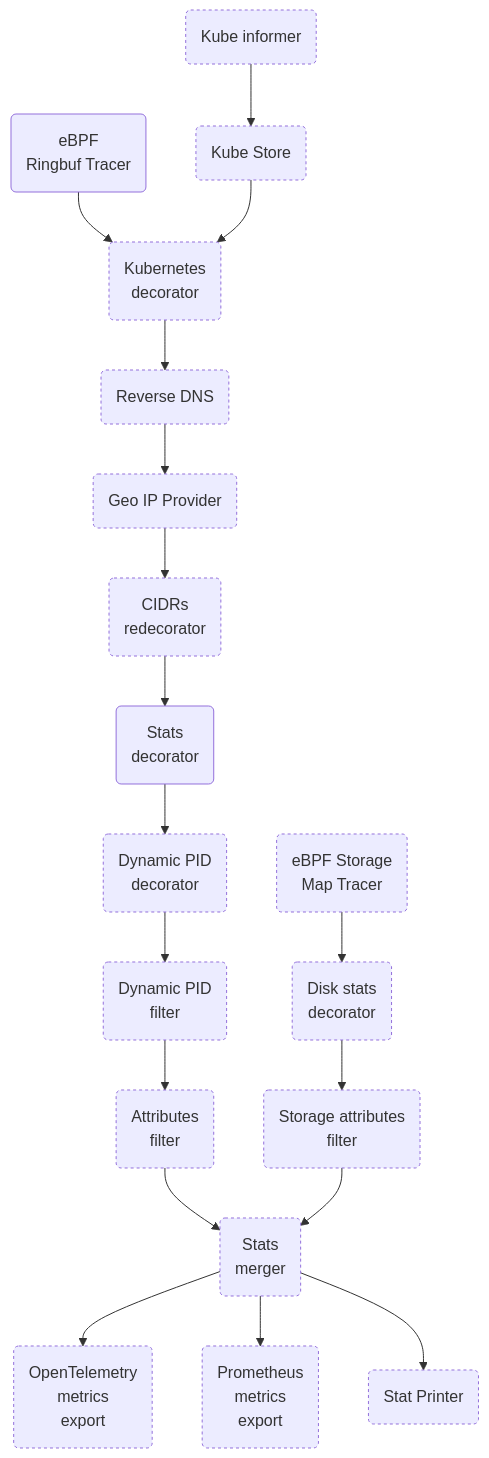
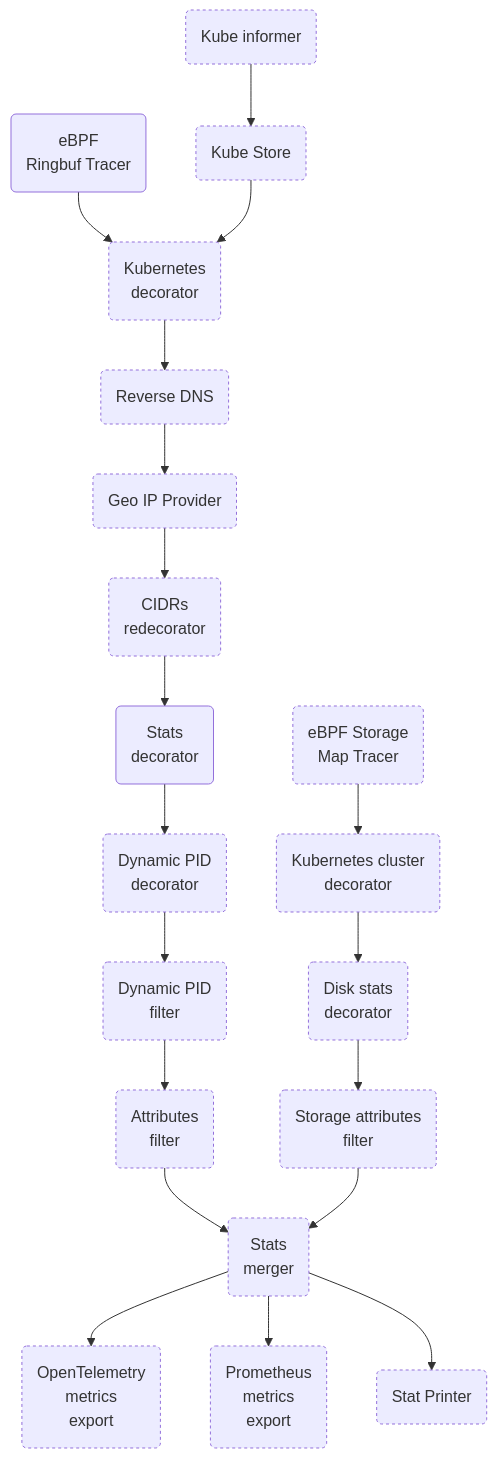
One commit to TheDwingMAN/opentelemetry-ebpf-instrumentation changed the third of 3 diagrams in devdocs/pipeline-map.md. Above: the diagram before and after it, drawn with Mermaid. The commit also changed 8 other files, not shown here.

First line of the commit message:
statsolly: report the cluster of the disk latency in Kubernetes

````diff
--- a/devdocs/pipeline-map.md
+++ b/devdocs/pipeline-map.md
@@ -103,21 +103,22 @@
 ```mermaid
 flowchart TD
     classDef optional stroke-dasharray: 3 3;
     RT(eBPF<br/>Ringbuf Tracer) --> K8S
     KIN(Kube informer):::optional --> KSTORE
     KSTORE(Kube Store):::optional --> K8S
     K8S(Kubernetes<br/>decorator):::optional --> RDNS
     RDNS(Reverse DNS):::optional --> GeoIP
     GeoIP(Geo IP Provider):::optional --> CIDRS
     CIDRS(CIDRs<br/>redecorator):::optional --> DEC
     DEC(Stats<br/>decorator) --> DPD
     DPD(Dynamic PID<br/>decorator):::optional --> DPF
     DPF(Dynamic PID<br/>filter):::optional --> FLTR
     FLTR(Attributes<br/>filter):::optional --> MRG
-    DMT(eBPF Storage<br/>Map Tracer):::optional --> DDEC
+    DMT(eBPF Storage<br/>Map Tracer):::optional --> DK8S
+    DK8S(Kubernetes cluster<br/>decorator):::optional --> DDEC
     DDEC(Disk stats<br/>decorator):::optional --> SFLTR
     SFLTR(Storage attributes<br/>filter):::optional --> MRG
     MRG(Stats<br/>merger):::optional --> OTEL(OpenTelemetry<br/>metrics<br/>export):::optional
     MRG --> PROM(Prometheus<br/>metrics<br/>export):::optional
     MRG --> StatPrinter(Stat Printer):::optional
 ```
````
